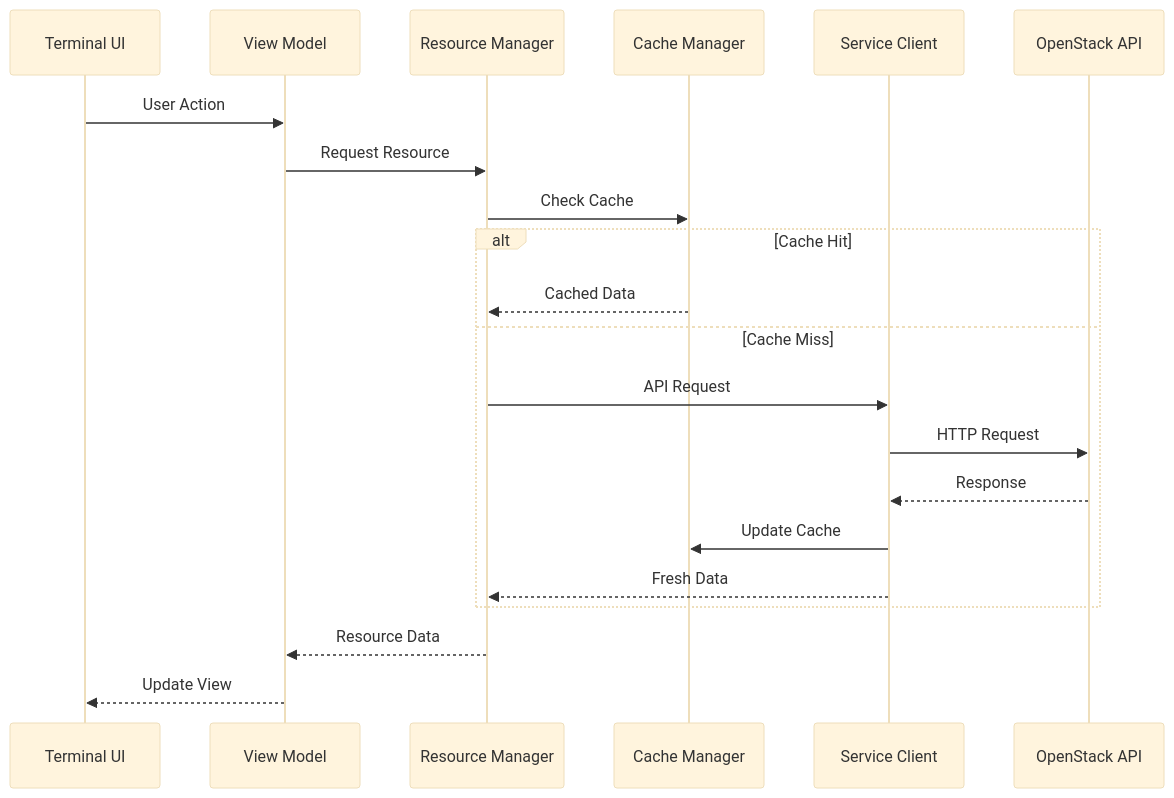
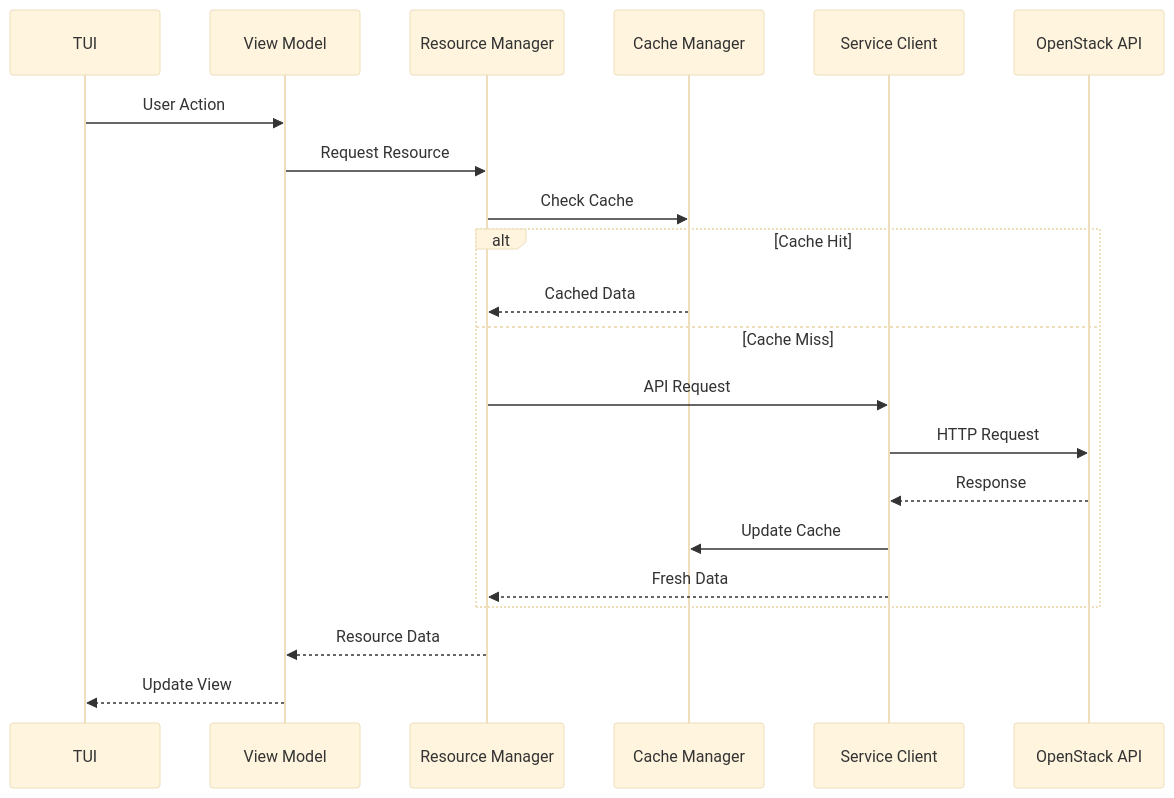
The second of 2 diagrams in docs/architecture/index.md (bluejayA/substation), drawn with Mermaid (base theme) before and after one commit. The commit also changed other lines of this file and 51 other files, not shown here.

````diff
--- a/docs/architecture/index.md
+++ b/docs/architecture/index.md
@@ -99,26 +99,26 @@
 ```mermaid
 sequenceDiagram
-    participant UI as Terminal UI
+    participant UI as TUI
     participant VM as View Model
     participant Manager as Resource Manager
     participant Cache as Cache Manager
     participant Service as Service Client
     participant API as OpenStack API
 
     UI->>VM: User Action
     VM->>Manager: Request Resource
     Manager->>Cache: Check Cache
 
     alt Cache Hit
         Cache-->>Manager: Cached Data
     else Cache Miss
         Manager->>Service: API Request
         Service->>API: HTTP Request
         API-->>Service: Response
         Service->>Cache: Update Cache
         Service-->>Manager: Fresh Data
     end
 
     Manager-->>VM: Resource Data
     VM-->>UI: Update View
 ```
````
